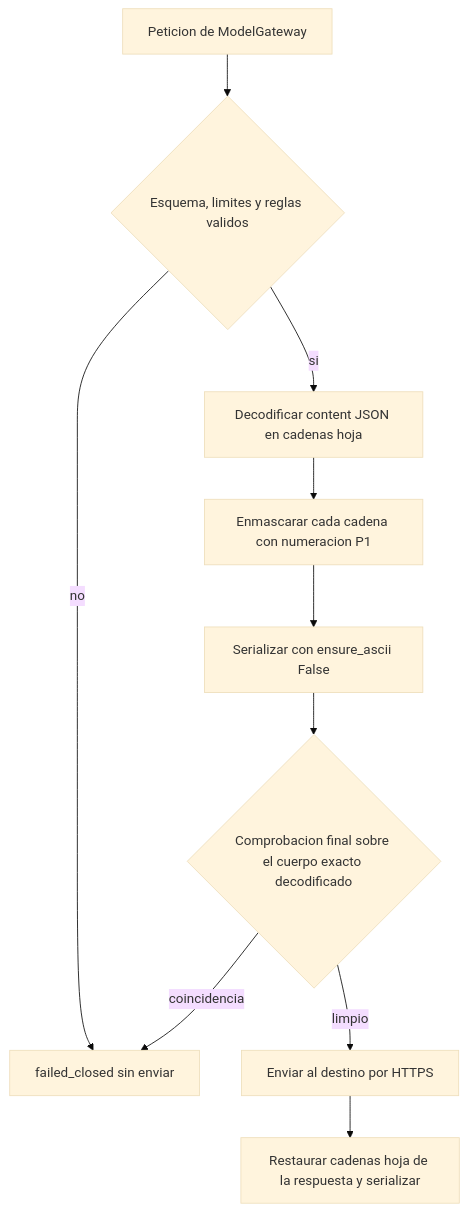
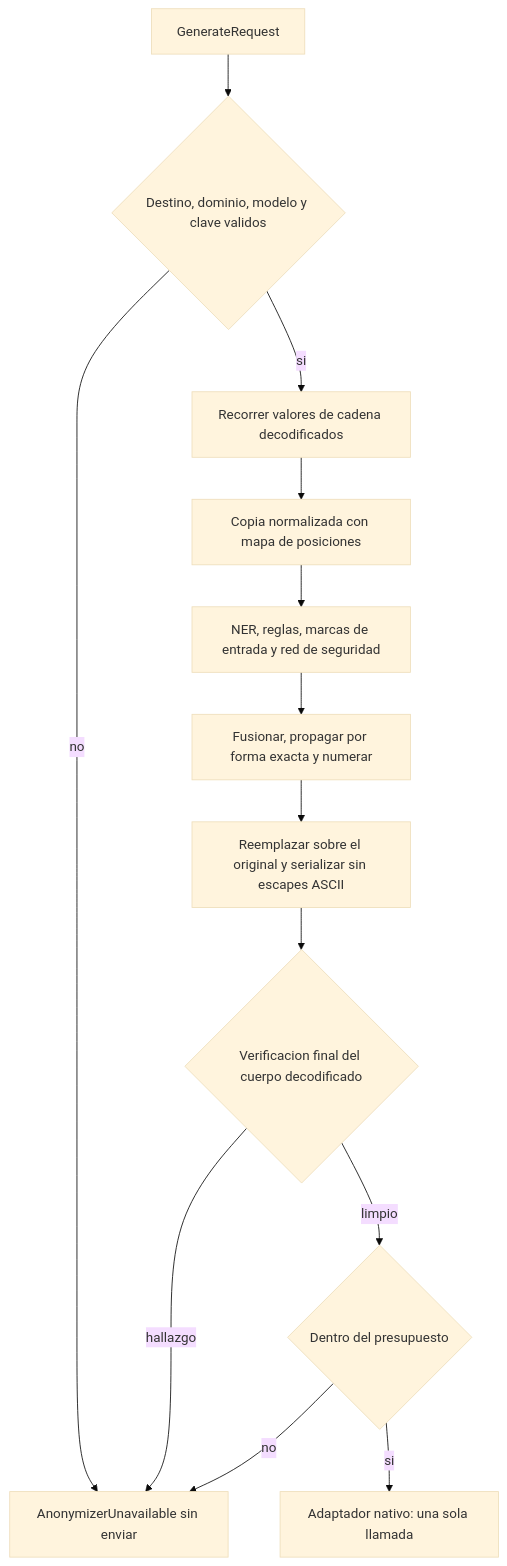
One commit to freyesJaveriana/tai changed the diagram in aidlc/spaces/default/intents/261002-veridicus-mvp/construction/anonymizer/nfr-design/security-design.md. Above: the diagram before and after it, drawn with Mermaid (base theme). The commit also changed other lines of this file and 10 other files, not shown here.

````diff
--- a/aidlc/spaces/default/intents/261002-veridicus-mvp/construction/anonymizer/nfr-design/security-design.md
+++ b/aidlc/spaces/default/intents/261002-veridicus-mvp/construction/anonymizer/nfr-design/security-design.md
@@ -38,12 +63,15 @@
 ```mermaid
 flowchart TD
-  R[Peticion de ModelGateway] --> V{Esquema, limites y reglas validos}
-  V -- no --> FC[failed_closed sin enviar]
-  V -- si --> D[Decodificar content JSON en cadenas hoja]
-  D --> M[Enmascarar cada cadena con numeracion P1]
-  M --> S[Serializar con ensure_ascii False]
-  S --> F{Comprobacion final sobre el cuerpo exacto decodificado}
-  F -- coincidencia --> FC
-  F -- limpio --> U[Enviar al destino por HTTPS]
-  U --> RS[Restaurar cadenas hoja de la respuesta y serializar]
+  R[GenerateRequest] --> D{Destino, dominio, modelo y clave validos}
+  D -- no --> FC[AnonymizerUnavailable sin enviar]
+  D -- si --> W[Recorrer valores de cadena decodificados]
+  W --> N[Copia normalizada con mapa de posiciones]
+  N --> DT[NER, reglas, marcas de entrada y red de seguridad]
+  DT --> M[Fusionar, propagar por forma exacta y numerar]
+  M --> S[Reemplazar sobre el original y serializar sin escapes ASCII]
+  S --> V{Verificacion final del cuerpo decodificado}
+  V -- hallazgo --> FC
+  V -- limpio --> B{Dentro del presupuesto}
+  B -- no --> FC
+  B -- si --> A[Adaptador nativo: una sola llamada]
 ```
````
